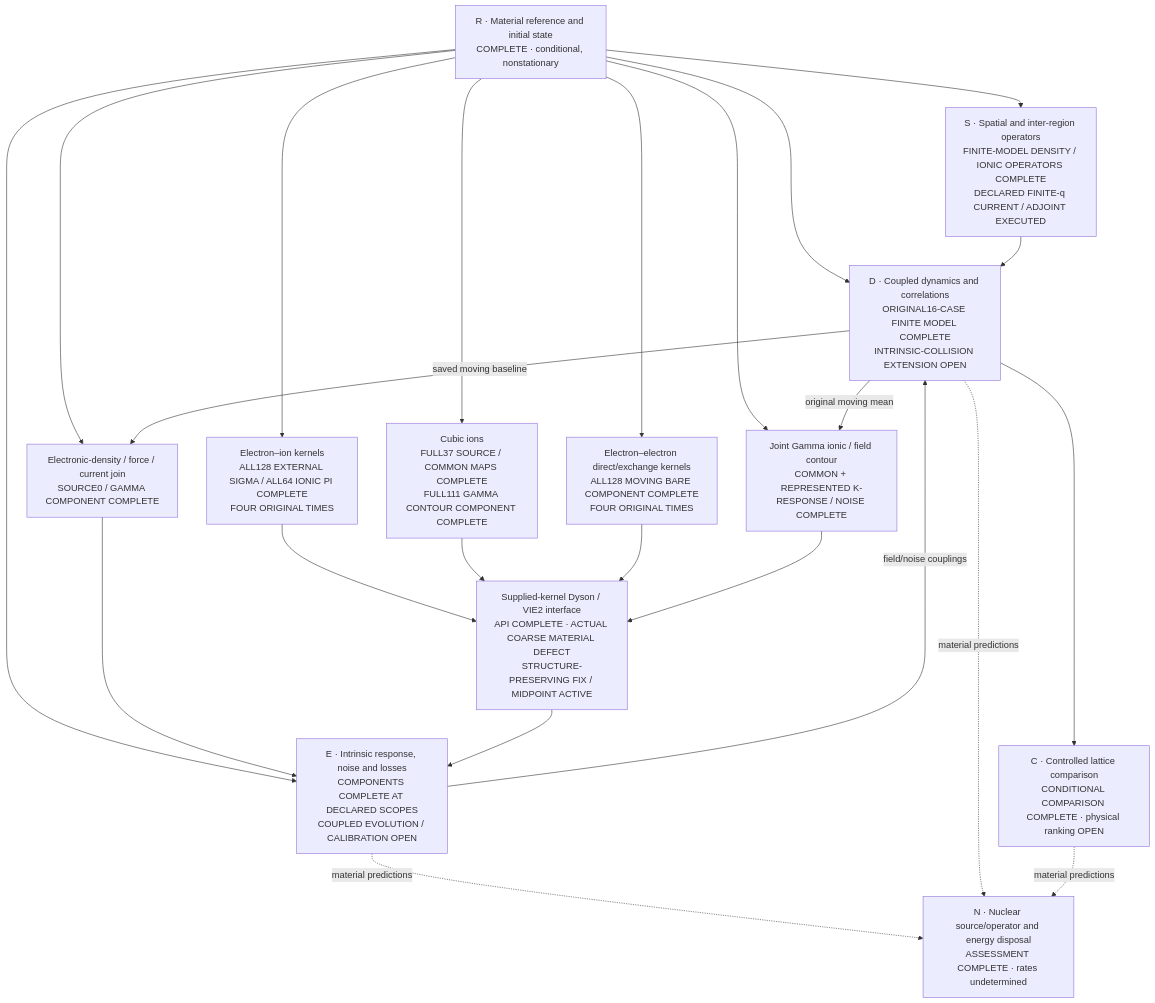
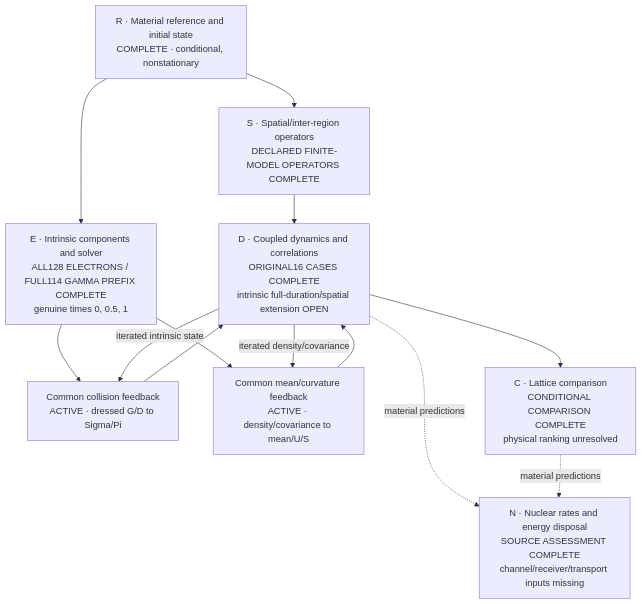
The diagram in proposals/P254-ni-collective-response/SOLUTION.md (vantasnerdan/substrate-framework), drawn with Mermaid before and after one commit. The commit also changed other lines of this file and 177 other files, not shown here.

Commit message:
P254: complete structural Keldysh transport and actual genuine material prefix

````diff
--- a/proposals/P254-ni-collective-response/SOLUTION.md
+++ b/proposals/P254-ni-collective-response/SOLUTION.md
@@ -16,37 +16,23 @@
 ```mermaid
 flowchart TD
-    R["R · Material reference and initial state\nCOMPLETE · conditional, nonstationary"]
-    S["S · Spatial and inter-region operators\nFINITE-MODEL DENSITY / IONIC OPERATORS COMPLETE\nDECLARED FINITE-q CURRENT / ADJOINT EXECUTED"]
-    E["E · Intrinsic response, noise and losses\nCOMPONENTS COMPLETE AT DECLARED SCOPES\nCOUPLED EVOLUTION / CALIBRATION OPEN"]
-    ED["Electronic-density / force / current join\nSOURCE0 / GAMMA COMPONENT COMPLETE"]
-    EI["Electron–ion kernels\nALL128 EXTERNAL SIGMA / ALL64 IONIC PI COMPLETE\nFOUR ORIGINAL TIMES"]
-    EA["Cubic ions\nFULL37 SOURCE / COMMON MAPS COMPLETE\nFULL111 GAMMA CONTOUR COMPONENT COMPLETE"]
-    EE["Electron–electron direct/exchange kernels\nALL128 MOVING BARE COMPONENT COMPLETE\nFOUR ORIGINAL TIMES"]
-    EJ["Joint Gamma ionic / field contour\nCOMMON + REPRESENTED K-RESPONSE / NOISE COMPLETE"]
-    EV["Supplied-kernel Dyson / VIE2 interface\nAPI COMPLETE · ACTUAL COARSE MATERIAL DEFECT\nSTRUCTURE-PRESERVING FIX / MIDPOINT ACTIVE"]
-    D["D · Coupled dynamics and correlations\nORIGINAL16-CASE FINITE MODEL COMPLETE\nINTRINSIC-COLLISION EXTENSION OPEN"]
-    C["C · Controlled lattice comparison\nCONDITIONAL COMPARISON COMPLETE · physical ranking OPEN"]
-    N["N · Nuclear source/operator and energy disposal\nASSESSMENT COMPLETE · rates undetermined"]
+    R["R · Material reference and initial state<br/>COMPLETE · conditional, nonstationary"]
+    S["S · Spatial/inter-region operators<br/>DECLARED FINITE-MODEL OPERATORS COMPLETE"]
+    E0["E · Intrinsic components and solver<br/>ALL128 ELECTRONS / FULL114 GAMMA PREFIX COMPLETE<br/>genuine times 0, 0.5, 1"]
+    EF["Common collision feedback<br/>ACTIVE · dressed G/D to Sigma/Pi"]
+    EM["Common mean/curvature feedback<br/>ACTIVE · density/covariance to mean/U/S"]
+    D["D · Coupled dynamics and correlations<br/>ORIGINAL16 CASES COMPLETE<br/>intrinsic full-duration/spatial extension OPEN"]
+    C["C · Lattice comparison<br/>CONDITIONAL COMPARISON COMPLETE<br/>physical ranking unresolved"]
+    N["N · Nuclear rates and energy disposal<br/>SOURCE ASSESSMENT COMPLETE<br/>channel/receiver/transport inputs missing"]
     R --> S
-    R --> E
-    R --> ED
-    R --> EI
-    R --> EA
-    R --> EE
-    R --> EJ
-    ED --> E
-    EI --> EV
-    EA --> EV
-    EE --> EV
-    EJ --> EV
-    EV --> E
-    R --> D
+    R --> E0
+    E0 --> EF
+    E0 --> EM
+    EF --> D
+    EM --> D
     S --> D
-    E -- "field/noise couplings" --> D
-    D -- "saved moving baseline" --> ED
-    D -- "original moving mean" --> EJ
+    D -- "iterated intrinsic state" --> EF
+    D -- "iterated density/covariance" --> EM
     D --> C
-    E -. "material predictions" .-> N
     D -. "material predictions" .-> N
     C -. "material predictions" .-> N
 ```
````
